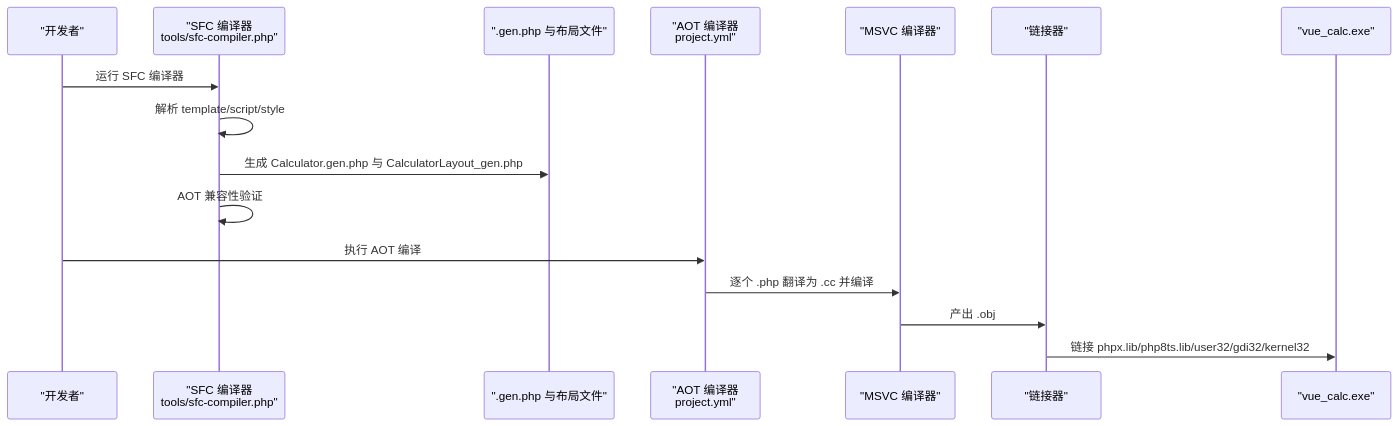
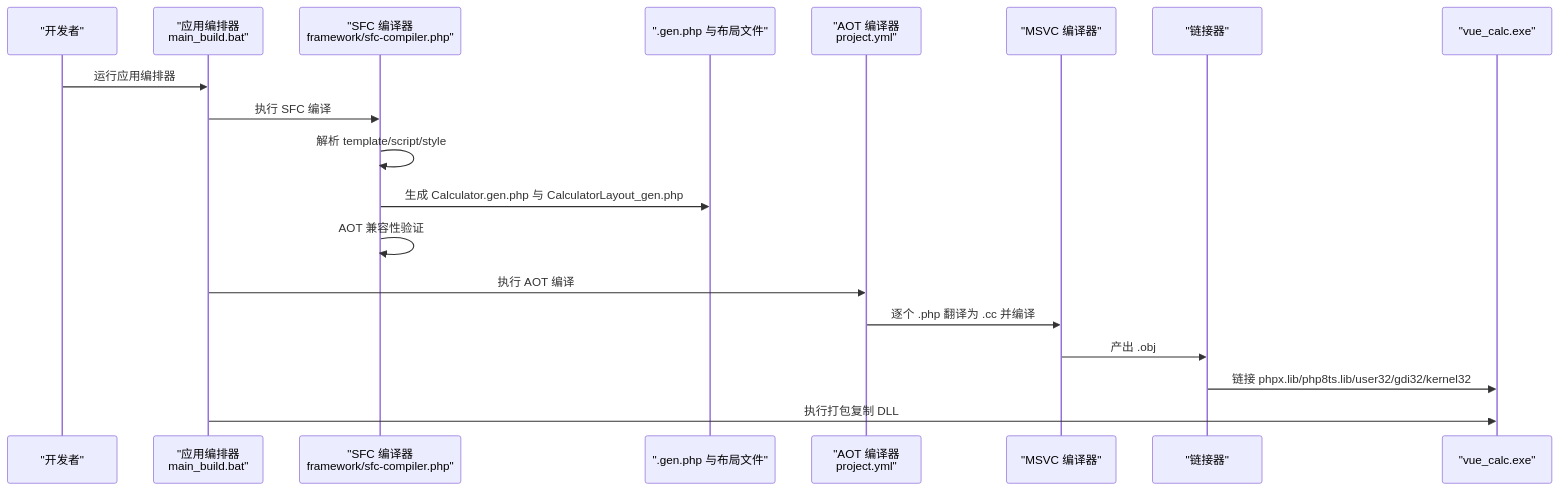
One commit to xingye00186/PHP-Data-UI-Framework-powered-by-swooleAOT changed the second of 8 diagrams in .qoder/repowiki/zh/content/构建和部署.md. Above: the diagram before and after it, drawn with Mermaid. The commit also changed other lines of this file and 7 other files, not shown here.

````diff
--- a/.qoder/repowiki/zh/content/构建和部署.md
+++ b/.qoder/repowiki/zh/content/构建和部署.md
@@ -73,18 +87,21 @@
 ```mermaid
 sequenceDiagram
 participant Dev as "开发者"
-participant SFC as "SFC 编译器<br/>tools/sfc-compiler.php"
+participant AppBuilder as "应用编排器<br/>main_build.bat"
+participant SFC as "SFC 编译器<br/>framework/sfc-compiler.php"
 participant Gen as ".gen.php 与布局文件"
 participant AOT as "AOT 编译器<br/>project.yml"
 participant MSVC as "MSVC 编译器"
 participant Linker as "链接器"
 participant EXE as "vue_calc.exe"
-Dev->>SFC : 运行 SFC 编译器
+Dev->>AppBuilder : 运行应用编排器
+AppBuilder->>SFC : 执行 SFC 编译
 SFC->>SFC : 解析 template/script/style
 SFC->>Gen : 生成 Calculator.gen.php 与 CalculatorLayout_gen.php
 SFC->>SFC : AOT 兼容性验证
-Dev->>AOT : 执行 AOT 编译
+AppBuilder->>AOT : 执行 AOT 编译
 AOT->>MSVC : 逐个 .php 翻译为 .cc 并编译
 MSVC->>Linker : 产出 .obj
 Linker->>EXE : 链接 phpx.lib/php8ts.lib/user32/gdi32/kernel32
+AppBuilder->>EXE : 执行打包复制 DLL
 ```
````
